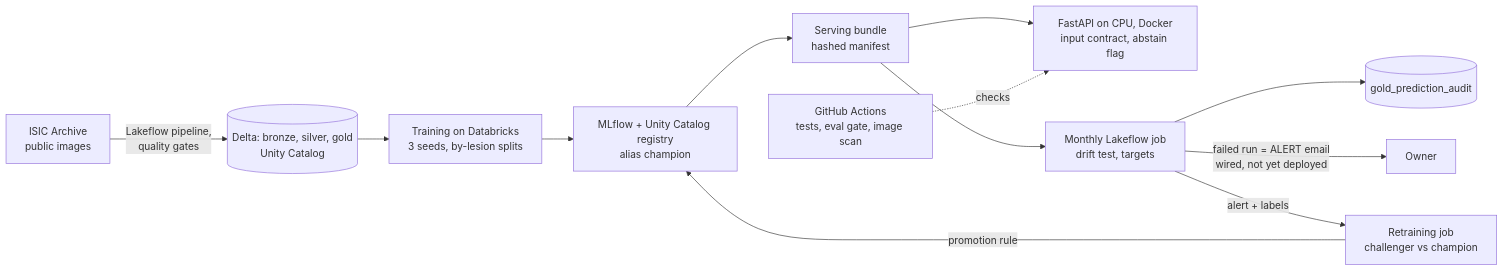
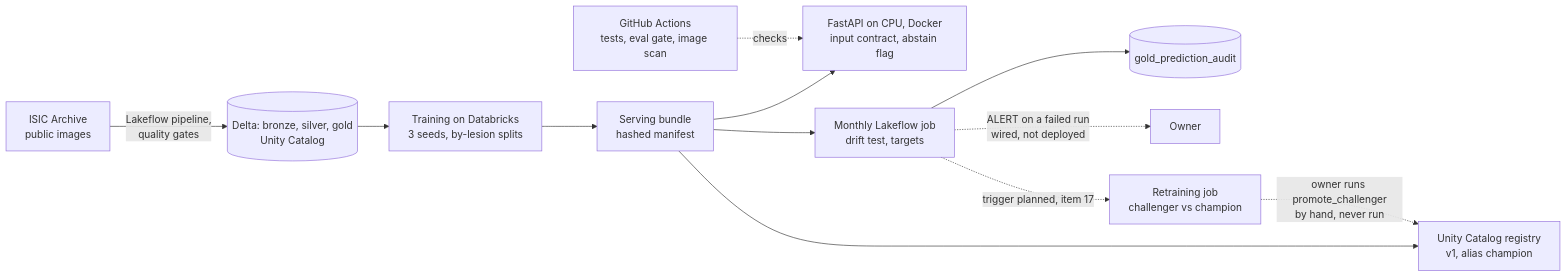
The diagram in docs/ARCHITECTURE.md (erjonb19/clinical-drift-monitor), drawn with Mermaid before and after one commit. The commit also changed other lines of this file, not shown here.

First line of the commit message:
Architecture review: retraining and promotion drawn as planned/hand-run, bundle before registry, exact sources

````diff
--- a/docs/ARCHITECTURE.md
+++ b/docs/ARCHITECTURE.md
@@ -6,14 +7,14 @@
 ```mermaid
 flowchart LR
   ISIC[ISIC Archive<br/>public images] -->|Lakeflow pipeline,<br/>quality gates| LAKE[(Delta: bronze, silver, gold<br/>Unity Catalog)]
   LAKE --> TRAIN[Training on Databricks<br/>3 seeds, by-lesion splits]
-  TRAIN --> REG[MLflow + Unity Catalog registry<br/>alias champion]
-  REG --> BUNDLE[Serving bundle<br/>hashed manifest]
+  TRAIN --> BUNDLE[Serving bundle<br/>hashed manifest]
+  BUNDLE --> REG[Unity Catalog registry<br/>v1, alias champion]
   BUNDLE --> API[FastAPI on CPU, Docker<br/>input contract, abstain flag]
   BUNDLE --> MONTH[Monthly Lakeflow job<br/>drift test, targets]
   MONTH --> AUDIT[(gold_prediction_audit)]
-  MONTH -->|failed run = ALERT email<br/>wired, not yet deployed| OWNER[Owner]
-  MONTH -->|alert + labels| RETRAIN[Retraining job<br/>challenger vs champion]
-  RETRAIN -->|promotion rule| REG
-  CI[GitHub Actions<br/>tests, eval gate, image scan] -.checks.-> API
+  MONTH -. ALERT on a failed run<br/>wired, not deployed .-> OWNER[Owner]
+  MONTH -. trigger planned, item 17 .-> RETRAIN[Retraining job<br/>challenger vs champion]
+  RETRAIN -. owner runs promote_challenger<br/>by hand, never run .-> REG
+  CI[GitHub Actions<br/>tests, eval gate, image scan] -. checks .-> API
 ```
````
